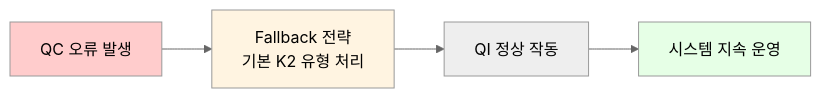
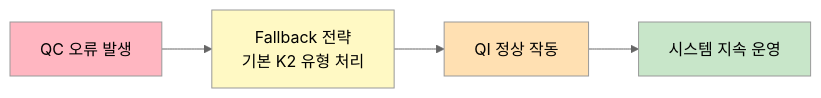
The fifth of 5 diagrams in docs/chapters/02-theoretical-background.md (KimKyuBong/maice-paper-deploy), drawn with Mermaid (neutral theme) before and after one commit. The commit also changed other lines of this file and 107 other files, not shown here.

````diff
--- a/docs/chapters/02-theoretical-background.md
+++ b/docs/chapters/02-theoretical-background.md
@@ -464,13 +472,14 @@
 ```mermaid
 flowchart LR
     E["QC 오류 발생"]
     F["Fallback 전략<br/>기본 K2 유형 처리"]
     Q["QI 정상 작동"]
     R["시스템 지속 운영"]
     
     E --> F --> Q --> R
     
-    style E fill:#ffcccc
-    style F fill:#fff4e1
-    style R fill:#e6ffe6
+    style E fill:#FFB6C1
+    style F fill:#FFF9C4
+    style Q fill:#FFE0B2
+    style R fill:#C8E6C9
 ```
````
